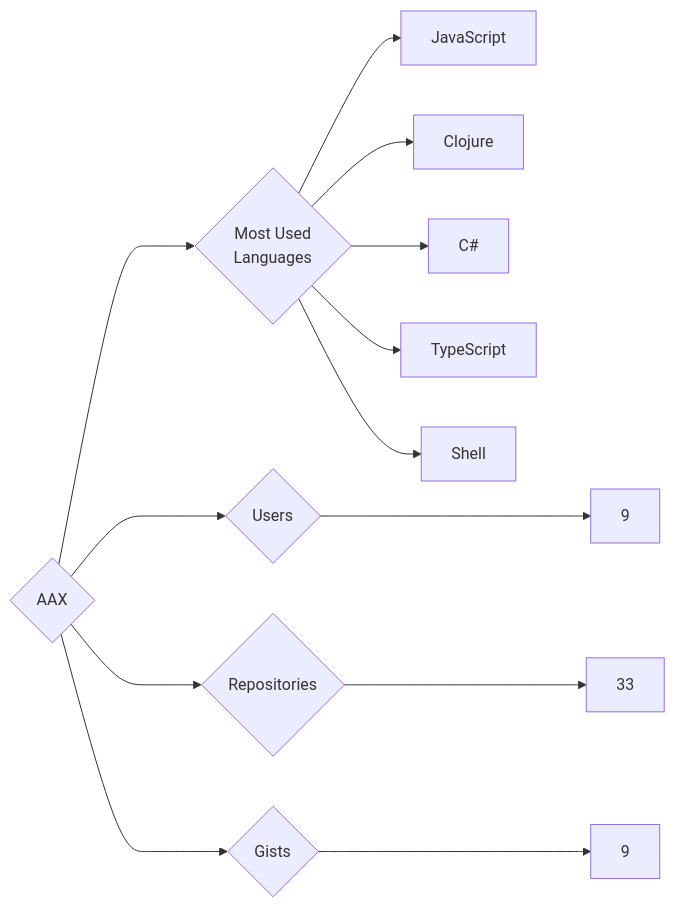
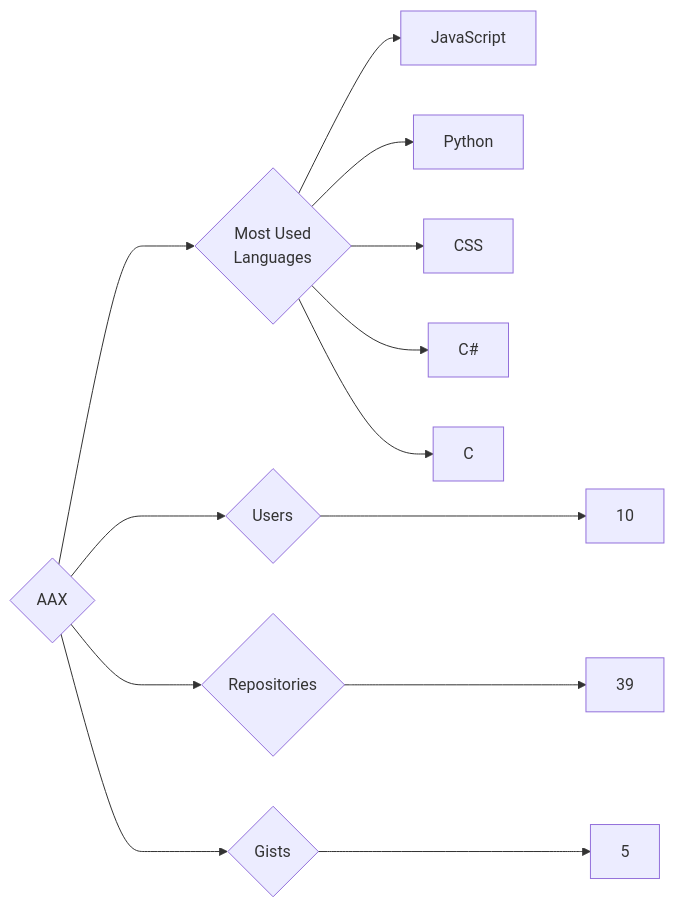
One commit to trickest/insiders changed the diagram in targets/AAX/README.md. Above: the diagram before and after it, drawn with Mermaid. The commit also changed 1030 other files, not shown here.

````diff
--- a/targets/AAX/README.md
+++ b/targets/AAX/README.md
@@ -3,13 +3,13 @@
 ```mermaid
 graph LR
 COMPANY_NAME{AAX}
-COMPANY_NAME ---> U{Users} ---> UN[9]
-COMPANY_NAME ---> R{Repositories} ---> RN[33]
-COMPANY_NAME ---> G{Gists} ---> GN[9]
+COMPANY_NAME ---> U{Users} ---> UN[10]
+COMPANY_NAME ---> R{Repositories} ---> RN[39]
+COMPANY_NAME ---> G{Gists} ---> GN[5]
 COMPANY_NAME ---> ML{Most Used<br>Languages}
 ML --> JavaScript[JavaScript]
-ML --> Clojure[Clojure]
+ML --> Python[Python]
+ML --> CSS[CSS]
 ML --> C#[C#]
-ML --> TypeScript[TypeScript]
-ML --> Shell[Shell]
+ML --> C[C]
 ```
````
